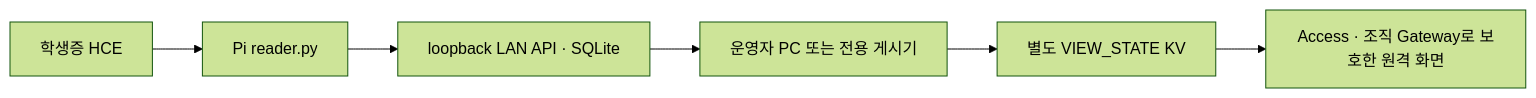
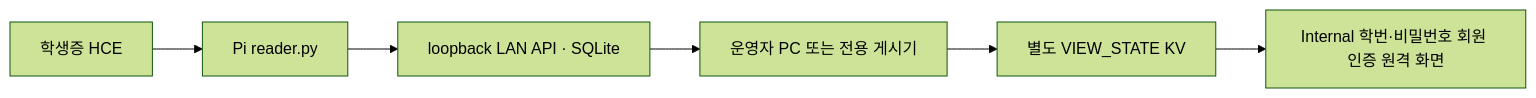
Before and after one commit to BCSDLab/BCSD_united: the diagram in apps/attendance/README.md, drawn with Mermaid (forest theme). The commit also changed other lines of this file and 9 other files, not shown here.

````diff
--- a/apps/attendance/README.md
+++ b/apps/attendance/README.md
@@ -5,8 +5,8 @@
 ```mermaid
 flowchart LR
   Card["학생증 HCE"] --> Reader["Pi reader.py"]
   Reader --> LAN["loopback LAN API · SQLite"]
   LAN --> Publisher["운영자 PC 또는 전용 게시기"]
   Publisher --> KV["별도 VIEW_STATE KV"]
-  KV --> Viewer["Access · 조직 Gateway로 보호한 원격 화면"]
+  KV --> Viewer["Internal 학번·비밀번호 회원 인증 원격 화면"]
 ```
````
